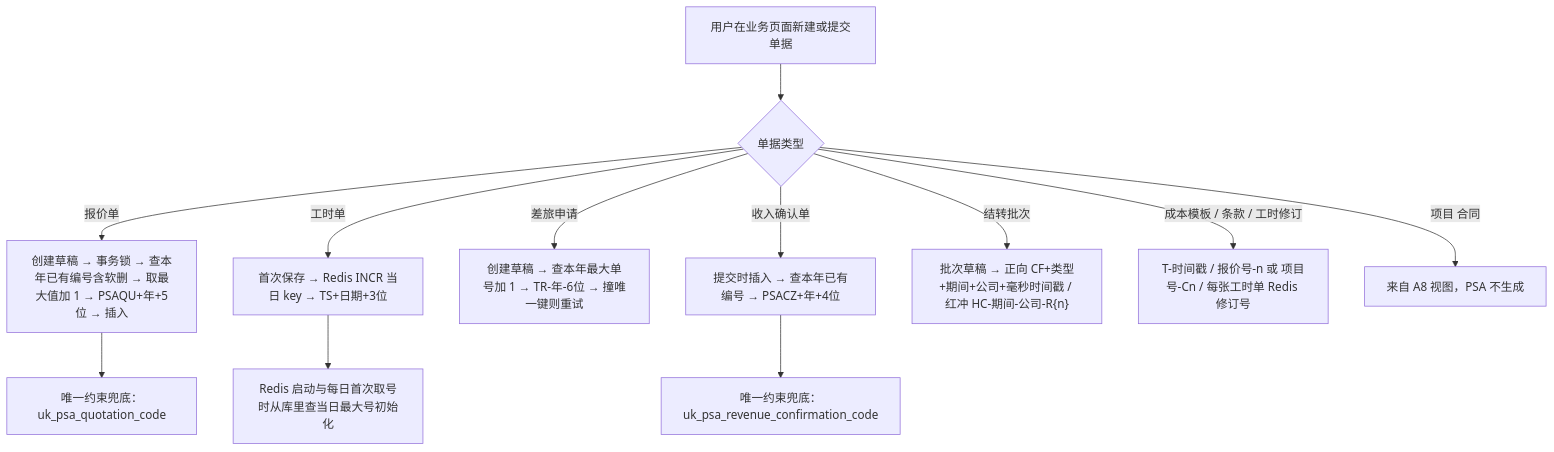
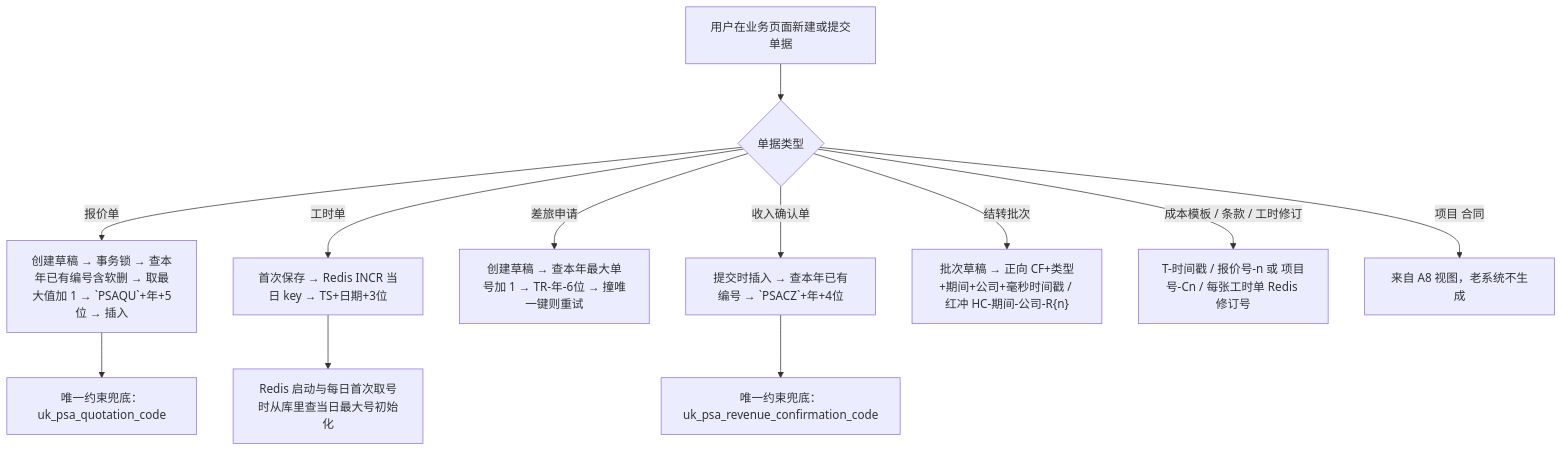
The first of 4 diagrams in docs/modernization/process/1a/业务编号.md (YeliangDu/forcitis-one-psa-codex-lab), drawn with Mermaid before and after one commit. The commit also changed other lines of this file and 2 other files, not shown here.

Commit message:
docs(modernization): 1a 流程文档 ④⑤⑥ 去除指代系统的 PSA 旧名称

````diff
--- a/docs/modernization/process/1a/业务编号.md
+++ b/docs/modernization/process/1a/业务编号.md
@@ -16,14 +16,14 @@
 ```mermaid
 flowchart TD
   A["用户在业务页面新建或提交单据"] --> B{"单据类型"}
-  B -->|"报价单"| Q["创建草稿 → 事务锁 → 查本年已有编号含软删 → 取最大值加 1 → PSAQU+年+5位 → 插入"]
+  B -->|"报价单"| Q["创建草稿 → 事务锁 → 查本年已有编号含软删 → 取最大值加 1 → `PSAQU`+年+5位 → 插入"]
   B -->|"工时单"| T["首次保存 → Redis INCR 当日 key → TS+日期+3位"]
   B -->|"差旅申请"| R["创建草稿 → 查本年最大单号加 1 → TR-年-6位 → 撞唯一键则重试"]
-  B -->|"收入确认单"| C["提交时插入 → 查本年已有编号 → PSACZ+年+4位"]
+  B -->|"收入确认单"| C["提交时插入 → 查本年已有编号 → `PSACZ`+年+4位"]
   B -->|"结转批次"| H["批次草稿 → 正向 CF+类型+期间+公司+毫秒时间戳 / 红冲 HC-期间-公司-R{n}"]
   B -->|"成本模板 / 条款 / 工时修订"| S["T-时间戳 / 报价号-n 或 项目号-Cn / 每张工时单 Redis 修订号"]
-  B -->|"项目 合同"| X["来自 A8 视图，PSA 不生成"]
+  B -->|"项目 合同"| X["来自 A8 视图，老系统不生成"]
   Q --> U["唯一约束兜底：uk_psa_quotation_code"]
   C --> U2["唯一约束兜底：uk_psa_revenue_confirmation_code"]
   T --> W["Redis 启动与每日首次取号时从库里查当日最大号初始化"]
 ```
````
